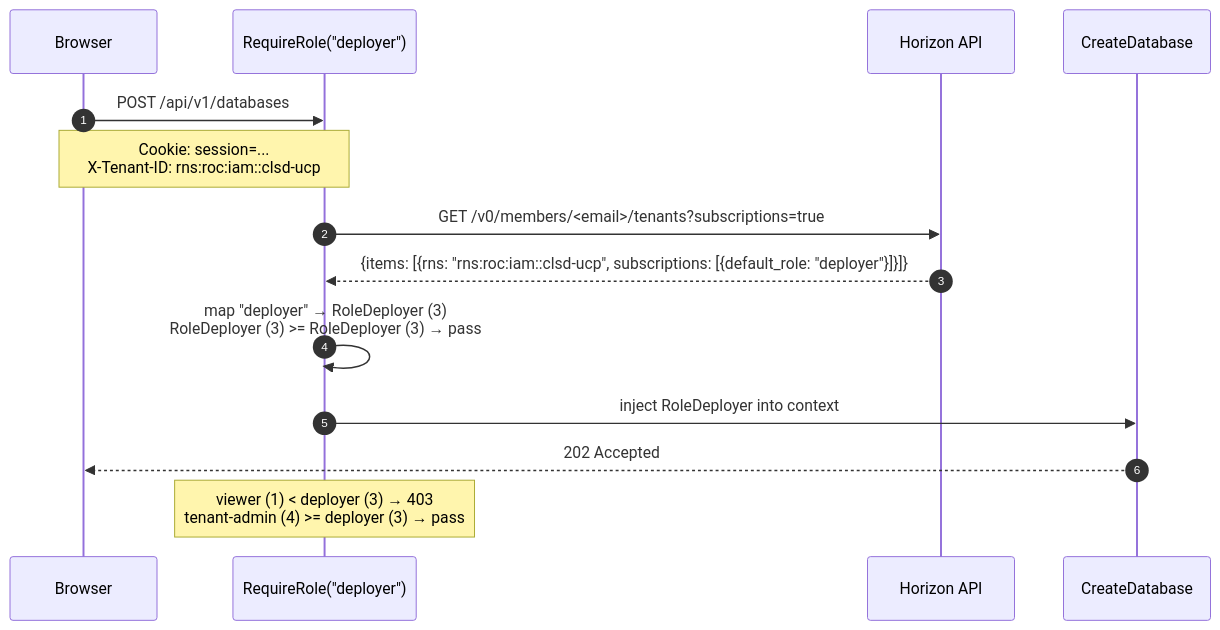
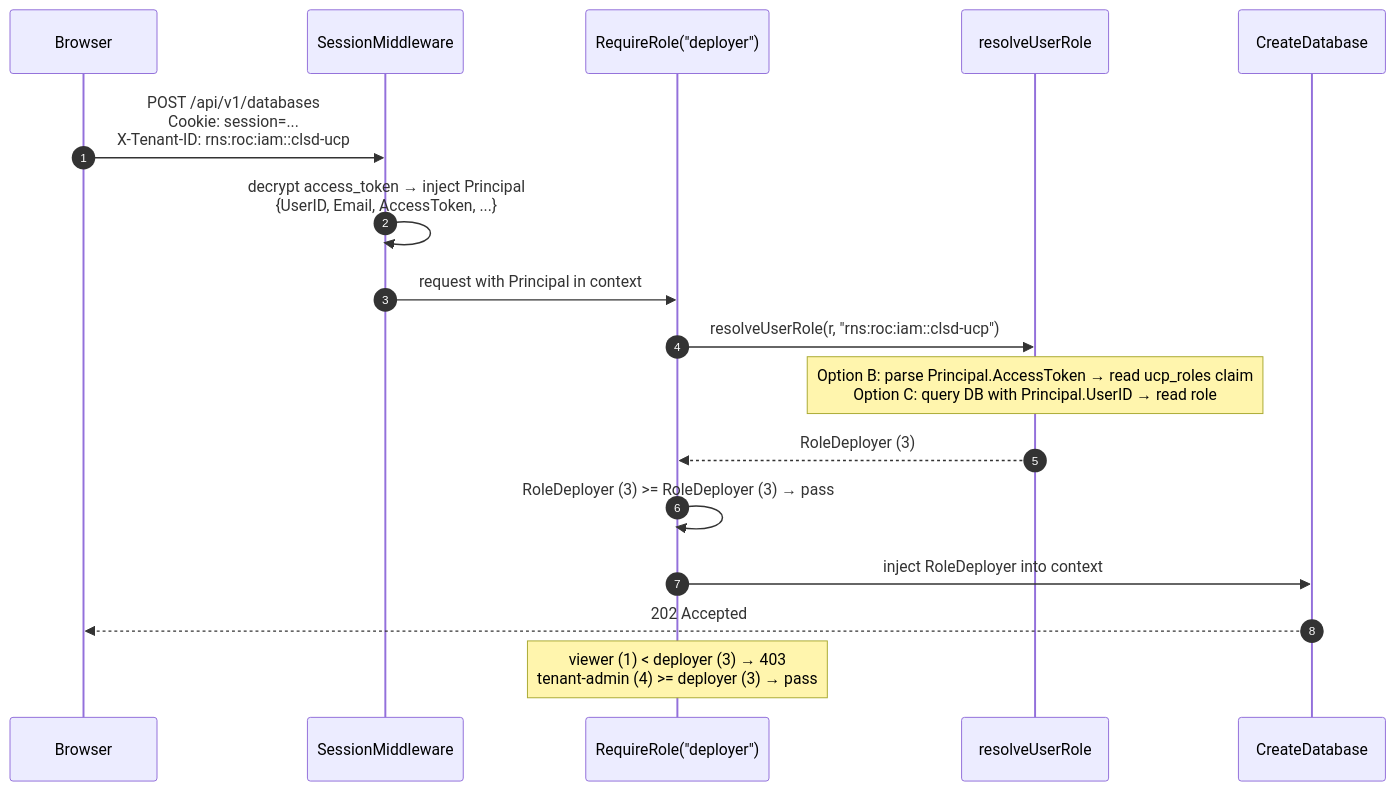
One commit to aripermana-putra/ucp-docs-collection changed the first of 2 diagrams in docs/projects/universal-control-plane-ucp/pocs/rbac/implementation.md. Above: the diagram before and after it, drawn with Mermaid. The commit also changed other lines of this file and 2 other files, not shown here.

Commit message:
MCUCP-191: Remove Horizon assumption from RBAC docs; describe B and C based on auth flow

````diff
--- a/docs/projects/universal-control-plane-ucp/pocs/rbac/implementation.md
+++ b/docs/projects/universal-control-plane-ucp/pocs/rbac/implementation.md
@@ -79,22 +84,24 @@
 ```mermaid
 sequenceDiagram
     autonumber
 
     participant Browser
+    participant Session as SessionMiddleware
     participant Middleware as RequireRole("deployer")
-    participant Horizon as Horizon API
+    participant Resolver as resolveUserRole
     participant Handler as CreateDatabase
 
-    Browser->>Middleware: POST /api/v1/databases
-    Note over Browser,Middleware: Cookie: session=...<br/>X-Tenant-ID: rns:roc:iam::clsd-ucp
+    Browser->>Session: POST /api/v1/databases<br/>Cookie: session=...<br/>X-Tenant-ID: rns:roc:iam::clsd-ucp
+    Session->>Session: decrypt access_token → inject Principal<br/>{UserID, Email, AccessToken, ...}
+    Session->>Middleware: request with Principal in context
 
-    Middleware->>Horizon: GET /v0/members/<email>/tenants?subscriptions=true
-    Horizon-->>Middleware: {items: [{rns: "rns:roc:iam::clsd-ucp", subscriptions: [{default_role: "deployer"}]}]}
+    Middleware->>Resolver: resolveUserRole(r, "rns:roc:iam::clsd-ucp")
+    Note over Resolver: Option B: parse Principal.AccessToken → read ucp_roles claim<br/>Option C: query DB with Principal.UserID → read role
+    Resolver-->>Middleware: RoleDeployer (3)
 
-    Middleware->>Middleware: map "deployer" → RoleDeployer (3)<br/>RoleDeployer (3) >= RoleDeployer (3) → pass
-
+    Middleware->>Middleware: RoleDeployer (3) >= RoleDeployer (3) → pass
     Middleware->>Handler: inject RoleDeployer into context
     Handler-->>Browser: 202 Accepted
 
     note over Middleware: viewer (1) < deployer (3) → 403<br/>tenant-admin (4) >= deployer (3) → pass
 ```
````
